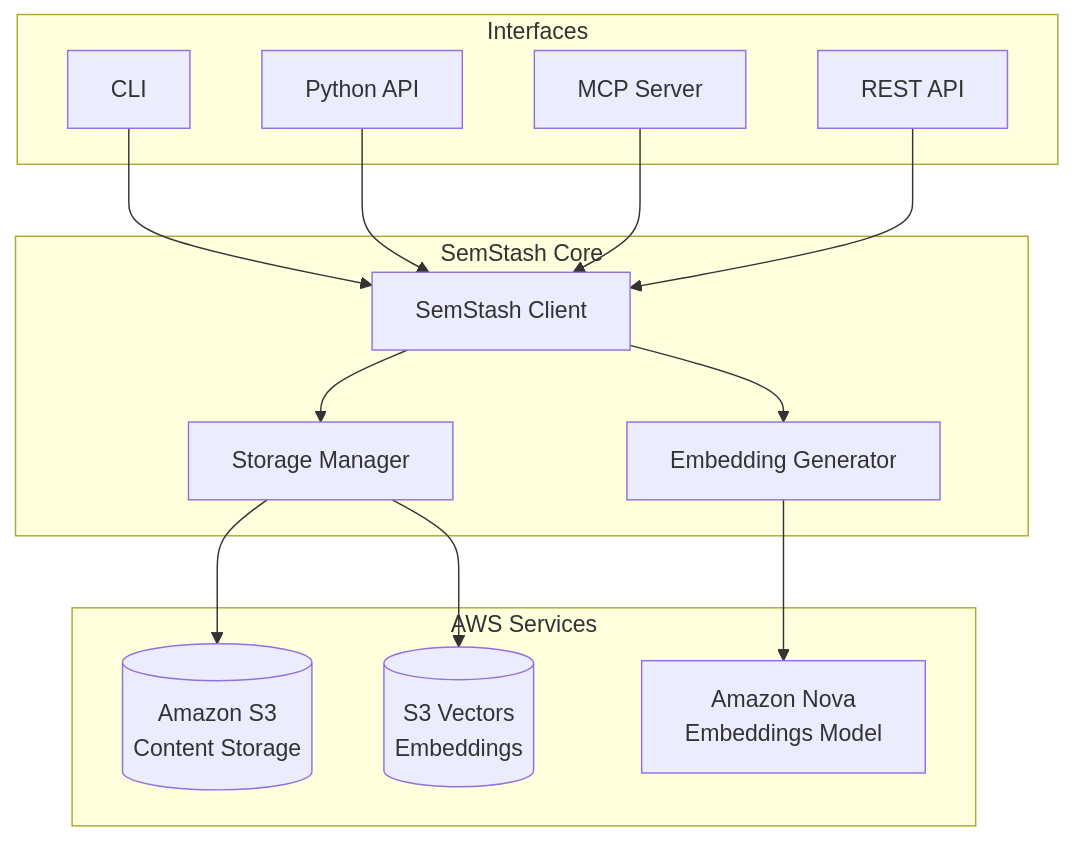
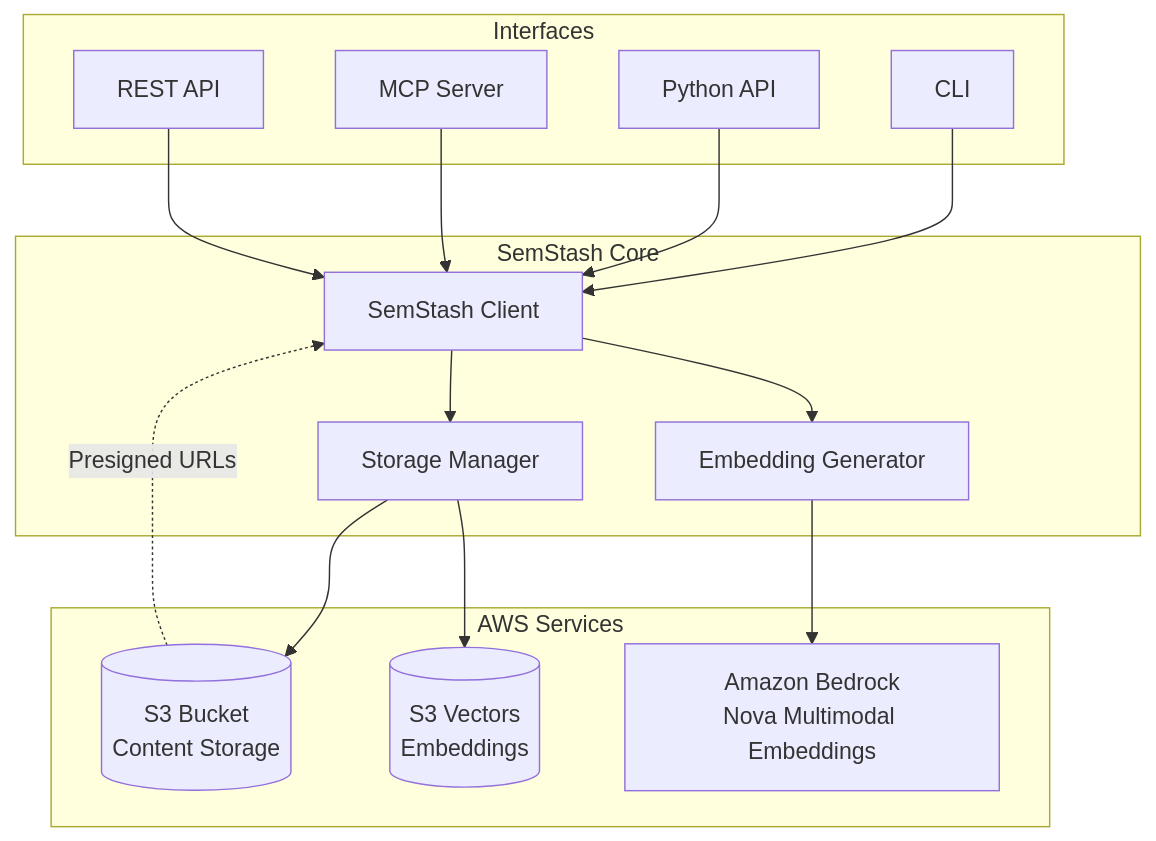
One commit to danilop/semstash changed the second of 3 diagrams in README.md. Above: the diagram before and after it, drawn with Mermaid. The commit also changed other lines of this file, not shown here.

Commit message:
Update architecture diagram
- Show presigned URLs linking back to S3 bucket
- Rename Amazon S3 to S3 Bucket
- Rename Amazon Nova to Amazon Bedrock with Nova Multimodal Embeddings
- Add link to Nova embeddings documentation

````diff
--- a/README.md
+++ b/README.md
@@ -149,33 +149,34 @@
 ```mermaid
 flowchart TB
     subgraph Interfaces
         CLI[CLI]
         API[Python API]
         MCP[MCP Server]
         REST[REST API]
     end
 
     subgraph Core["SemStash Core"]
         Client[SemStash Client]
         Embed[Embedding Generator]
         Store[Storage Manager]
     end
 
     subgraph AWS["AWS Services"]
-        S3[(Amazon S3<br/>Content Storage)]
+        S3[(S3 Bucket<br/>Content Storage)]
         SV[(S3 Vectors<br/>Embeddings)]
-        Nova[Amazon Nova<br/>Embeddings Model]
+        Bedrock[Amazon Bedrock<br/>Nova Multimodal Embeddings]
     end
 
     CLI --> Client
     API --> Client
     MCP --> Client
     REST --> Client
 
     Client --> Embed
     Client --> Store
 
-    Embed --> Nova
+    Embed --> Bedrock
     Store --> S3
     Store --> SV
+    S3 -.->|Presigned URLs| Client
 ```
````
